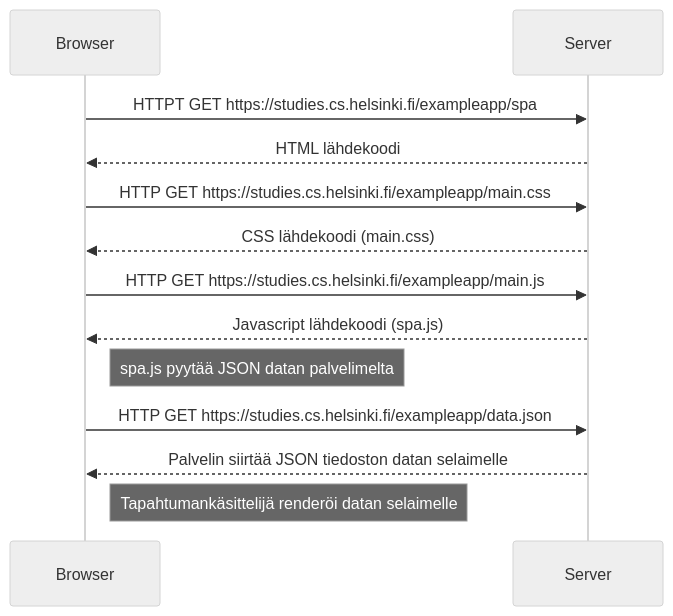
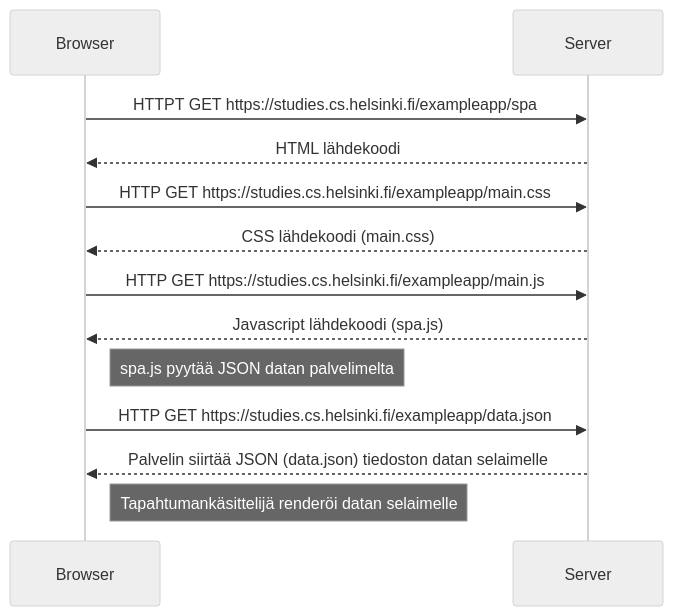
One commit to saaskilahtij/fullstackopen changed the diagram in osa0/tehtava0.5.md. Above: the diagram before and after it, drawn with Mermaid (neutral theme). The commit also changed 2 other files, not shown here.

Commit message:
dftghjkl

````diff
--- a/osa0/tehtava0.5.md
+++ b/osa0/tehtava0.5.md
@@ -1,16 +1,19 @@
 ```mermaid
+
 sequenceDiagram
-
 
   Browser ->> Server: HTTPT GET https://studies.cs.helsinki.fi/exampleapp/spa
   Server -->> Browser: HTML lähdekoodi 
+  
   Browser ->> Server: HTTP GET https://studies.cs.helsinki.fi/exampleapp/main.css
   Server -->> Browser: CSS lähdekoodi (main.css)
+
   Browser ->> Server: HTTP GET https://studies.cs.helsinki.fi/exampleapp/main.js
   Server -->> Browser: Javascript lähdekoodi (spa.js)
   Note right of Browser: spa.js pyytää JSON datan palvelimelta
+  
   Browser ->> Server: HTTP GET https://studies.cs.helsinki.fi/exampleapp/data.json
-  Server -->> Browser: Palvelin siirtää JSON tiedoston datan selaimelle
+  Server -->> Browser: Palvelin siirtää JSON (data.json) tiedoston datan selaimelle
   Note right of Browser: Tapahtumankäsittelijä renderöi datan selaimelle
   
 ```
````
